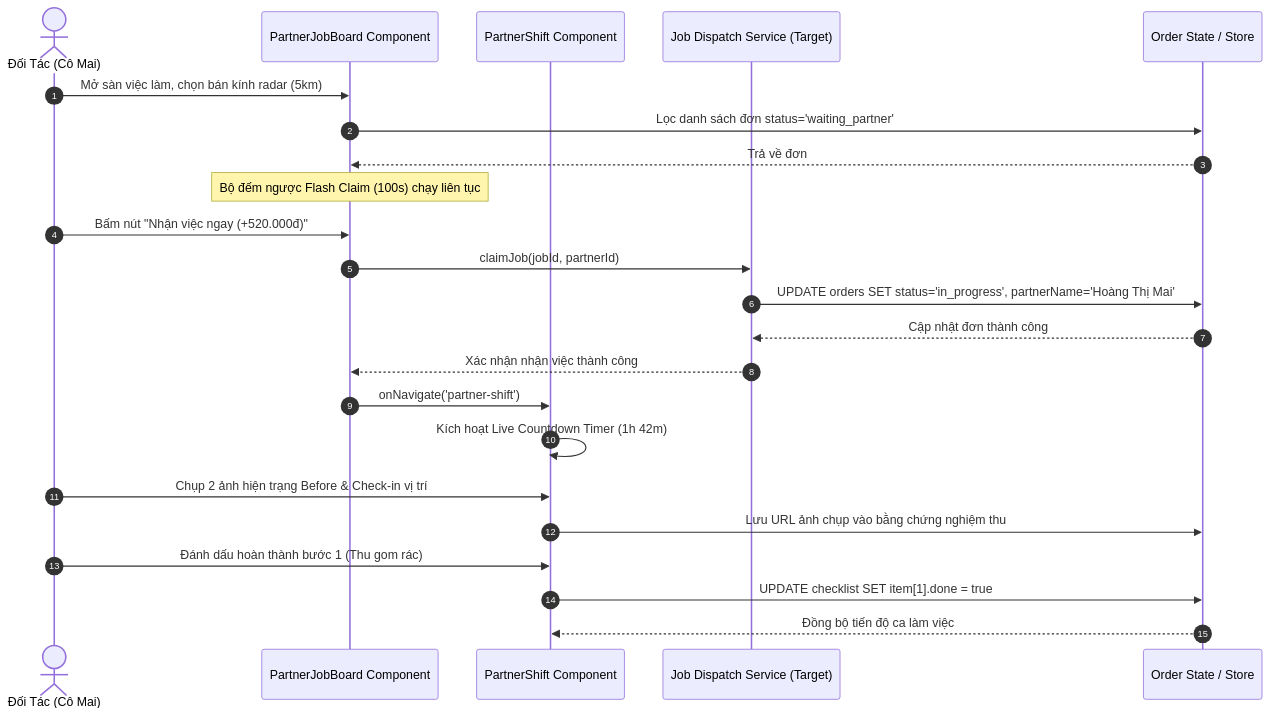
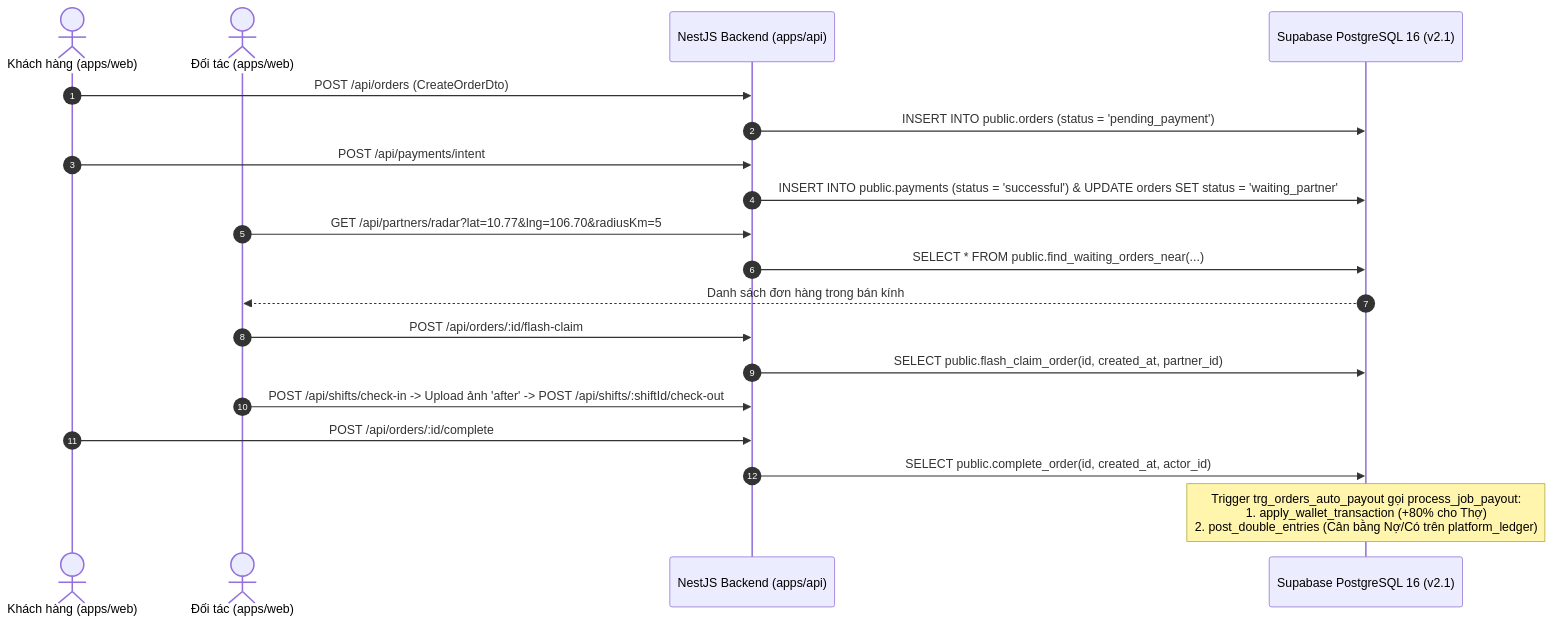
Before and after one commit to 24520460/gia_dinh_xanh: the diagram in docs/SERVICES.md, drawn with Mermaid. The commit also changed other lines of this file and 144 other files, not shown here.

````diff
--- a/docs/SERVICES.md
+++ b/docs/SERVICES.md
@@ -176,29 +74,22 @@
 ```mermaid
 sequenceDiagram
     autonumber
-    actor Partner as Đối Tác (Cô Mai)
-    participant BoardUI as PartnerJobBoard Component
-    participant ShiftUI as PartnerShift Component
-    participant JobService as Job Dispatch Service (Target)
-    participant OrderStore as Order State / Store
+    actor Customer as Khách hàng (apps/web)
+    actor Partner as Đối tác (apps/web)
+    participant API as NestJS Backend (apps/api)
+    participant Supabase as Supabase PostgreSQL 16 (v2.1)
 
-    Partner ->> BoardUI: Mở sàn việc làm, chọn bán kính radar (5km)
-    BoardUI ->> OrderStore: Lọc danh sách đơn status='waiting_partner'
-    OrderStore -->> BoardUI: Trả về đơn #GDX-89239 (Khách: Phạm Quốc Bảo)
-    
-    Note over BoardUI: Bộ đếm ngược Flash Claim (100s) chạy liên tục
-    Partner ->> BoardUI: Bấm nút "Nhận việc ngay (+520.000đ)"
-    BoardUI ->> JobService: claimJob(jobId, partnerId)
-    JobService ->> OrderStore: UPDATE orders SET status='in_progress', partnerName='Hoàng Thị Mai'
-    OrderStore -->> JobService: Cập nhật đơn thành công
-    JobService -->> BoardUI: Xác nhận nhận việc thành công
-    
-    BoardUI ->> ShiftUI: onNavigate('partner-shift')
-    ShiftUI ->> ShiftUI: Kích hoạt Live Countdown Timer (1h 42m)
-    
-    Partner ->> ShiftUI: Chụp 2 ảnh hiện trạng Before & Check-in vị trí
-    ShiftUI ->> OrderStore: Lưu URL ảnh chụp vào bằng chứng nghiệm thu
-    Partner ->> ShiftUI: Đánh dấu hoàn thành bước 1 (Thu gom rác)
-    ShiftUI ->> OrderStore: UPDATE checklist SET item[1].done = true
-    OrderStore -->> ShiftUI: Đồng bộ tiến độ ca làm việc
+    Customer->>API: POST /api/orders (CreateOrderDto)
+    API->>Supabase: INSERT INTO public.orders (status = 'pending_payment')
+    Customer->>API: POST /api/payments/intent
+    API->>Supabase: INSERT INTO public.payments (status = 'successful') & UPDATE orders SET status = 'waiting_partner'
+    Partner->>API: GET /api/partners/radar?lat=10.77&lng=106.70&radiusKm=5
+    API->>Supabase: SELECT * FROM public.find_waiting_orders_near(...)
+    Supabase-->>Partner: Danh sách đơn hàng trong bán kính
+    Partner->>API: POST /api/orders/:id/flash-claim
+    API->>Supabase: SELECT public.flash_claim_order(id, created_at, partner_id)
+    Partner->>API: POST /api/shifts/check-in -> Upload ảnh 'after' -> POST /api/shifts/:shiftId/check-out
+    Customer->>API: POST /api/orders/:id/complete
+    API->>Supabase: SELECT public.complete_order(id, created_at, actor_id)
+    Note over Supabase: Trigger trg_orders_auto_payout gọi process_job_payout:<br/>1. apply_wallet_transaction (+80% cho Thợ)<br/>2. post_double_entries (Cân bằng Nợ/Có trên platform_ledger)
 ```
````
